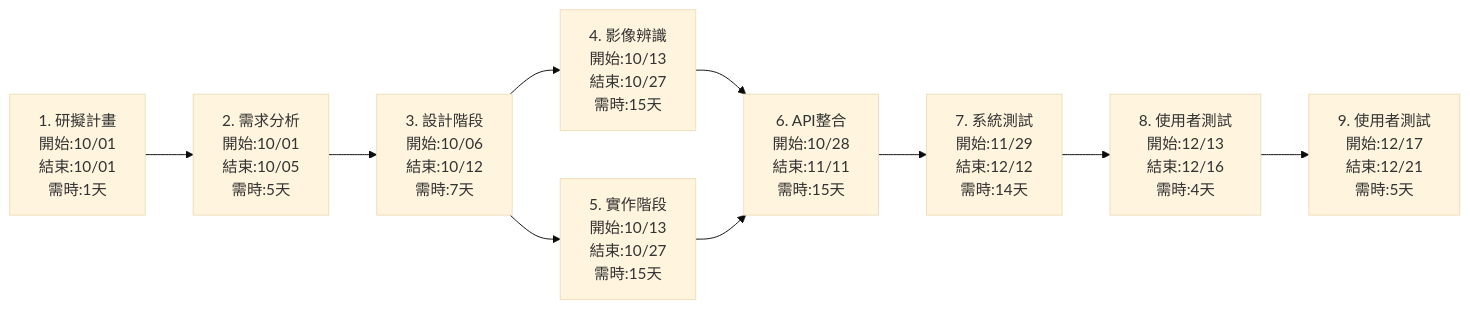
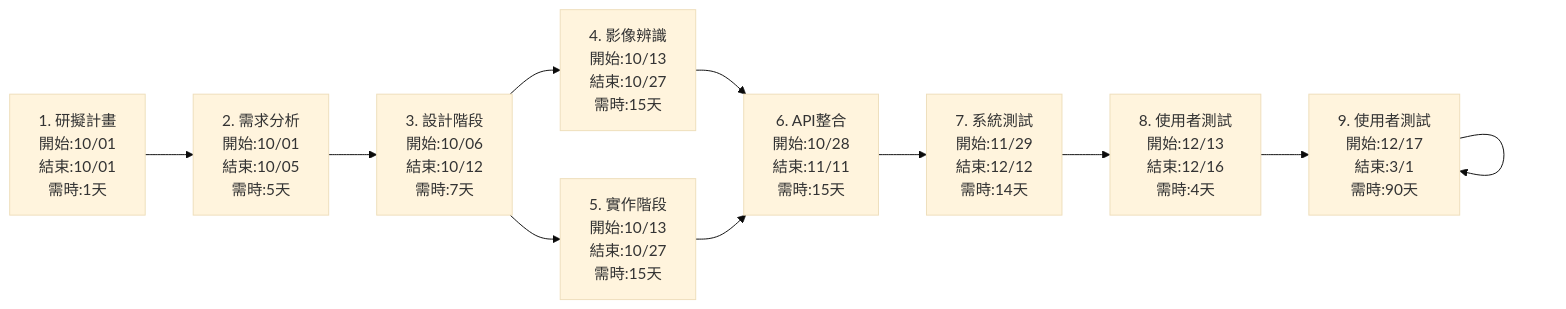
The second of 2 diagrams in 小組作業2.md (kyw012/team-project), drawn with Mermaid (base theme) before and after one commit.

````diff
--- a/小組作業2.md
+++ b/小組作業2.md
@@ -36,12 +36,13 @@
 ```mermaid
 graph LR
     A1[1. 研擬計畫 <br>開始:10/01<br>結束:10/01<br>需時:1天] --> B2[2. 需求分析<br>開始:10/01<br>結束:10/05<br>需時:5天]
     B2 --> C3[3. 設計階段<br>開始:10/06<br>結束:10/12<br>需時:7天]
     C3 --> D4[4. 影像辨識 <br>開始:10/13<br>結束:10/27<br>需時:15天]
     C3 --> E5[5. 實作階段<br>開始:10/13<br>結束:10/27<br>需時:15天]
     D4 --> F6[6. API整合<br>開始:10/28<br>結束:11/11<br>需時:15天]
     E5 --> F6
     F6 --> G7[7. 系統測試<br>開始:11/29<br>結束:12/12<br>需時:14天]
     G7 --> H8[8. 使用者測試<br>開始:12/13<br>結束:12/16<br>需時:4天]
     H8 --> I9[9. 使用者測試<br>開始:12/17<br>結束:12/21<br>需時:5天]
+    I9 --> I9[9. 使用者測試<br>開始:12/17<br>結束:3/1<br>需時:90天]
 ```
````
